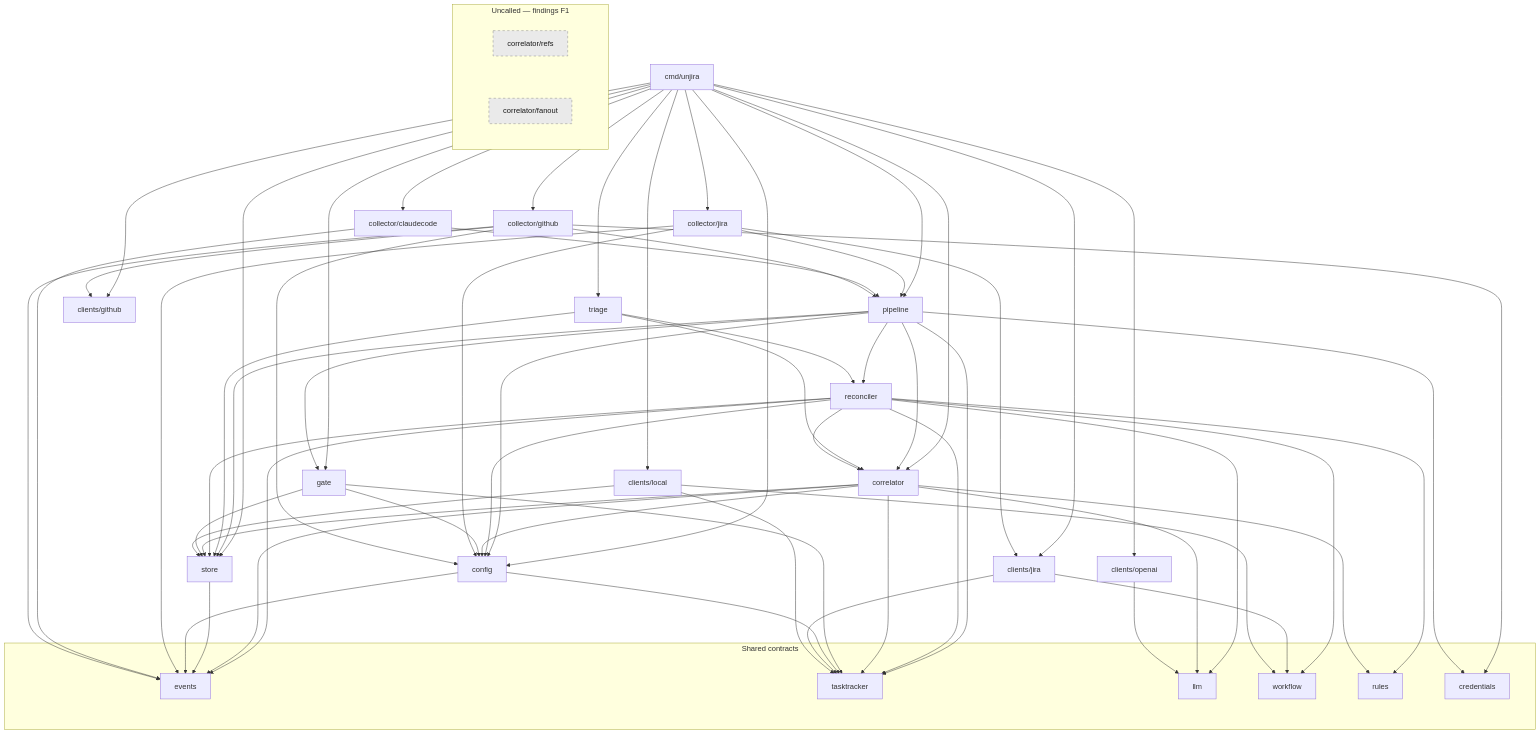
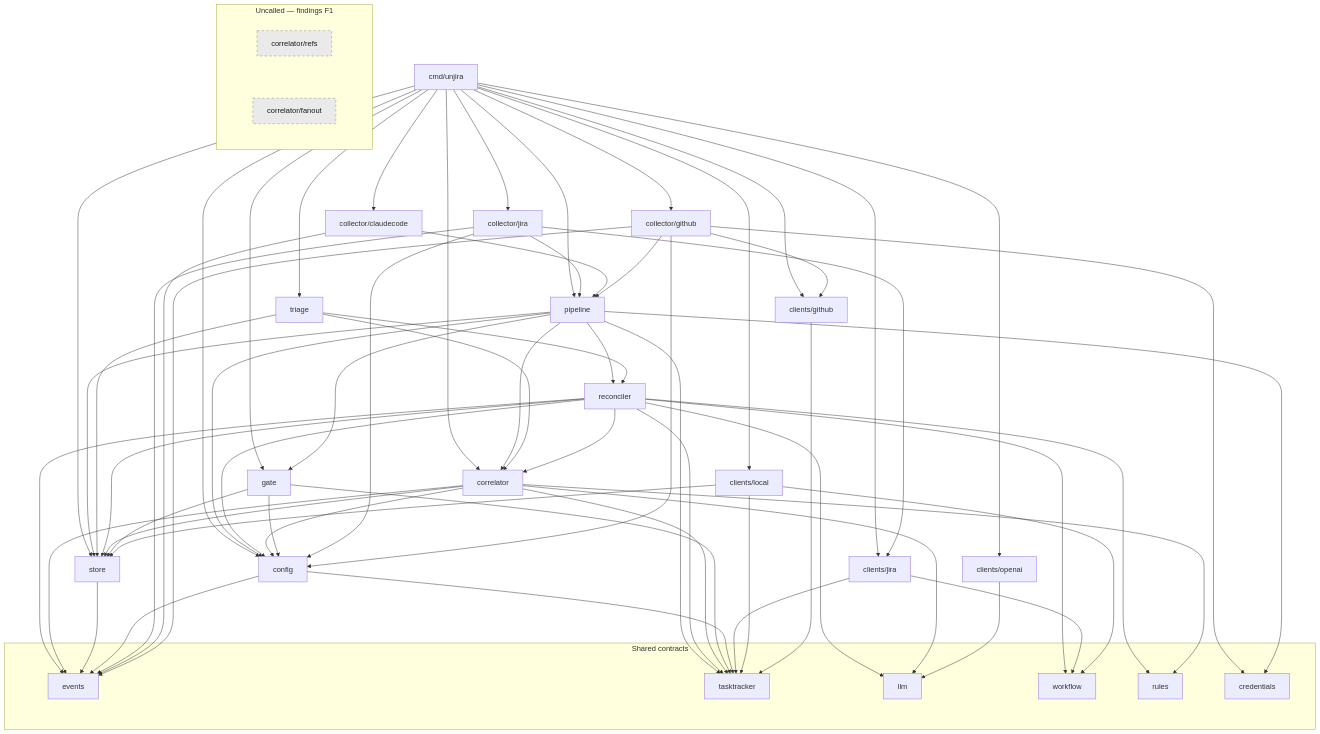
The fourth of 4 diagrams in docs/architecture.md (jcogilvie/unjira), drawn with Mermaid before and after one commit. The commit also changed other lines of this file and 20 other files, not shown here.

````diff
--- a/docs/architecture.md
+++ b/docs/architecture.md
@@ -345,57 +349,58 @@
 ```mermaid
 ---
 config:
   nodeSpacing: 90
   rankSpacing: 130
 ---
 flowchart TB
     CMD["cmd/unjira"]
     PIPE["pipeline"]
     TRIAGE["triage"]
     RECON["reconciler"]
     CORR["correlator"]
     GATE["gate"]
     STORE["store"]
     CONFIG["config"]
     CJIRA["clients/jira"]
     CGH["clients/github"]
     CLOCAL["clients/local"]
     COAI["clients/openai"]
     COLLJ["collector/jira"]
     COLLC["collector/claudecode"]
     COLLGH["collector/github"]
 
     subgraph contracts["Shared contracts"]
         EVENTS["events"]
         TT["tasktracker"]
         LLM["llm"]
         WF["workflow"]
         RULES["rules"]
         CRED["credentials"]
     end
 
     subgraph orphans["Uncalled — findings F1"]
         REFS["correlator/refs"]
         FANOUT["correlator/fanout"]
     end
 
     CMD --> PIPE & TRIAGE & GATE & CORR & STORE & CONFIG
     CMD --> CJIRA & CGH & CLOCAL & COAI & COLLJ & COLLC & COLLGH
     PIPE --> RECON & CORR & GATE & STORE & CONFIG & TT
     TRIAGE --> RECON & CORR & STORE
     RECON --> CORR & STORE & CONFIG & WF & LLM & RULES & EVENTS & TT
     CORR --> STORE & CONFIG & LLM & RULES & EVENTS & TT
     GATE --> STORE & CONFIG & TT
     STORE --> EVENTS
     CONFIG --> EVENTS & TT
     CJIRA --> TT & WF
     CLOCAL --> STORE & TT & WF
     COAI --> LLM
     COLLJ --> CJIRA & CONFIG & EVENTS & PIPE
     COLLC --> EVENTS & PIPE
     COLLGH --> CGH & CONFIG & EVENTS & PIPE & CRED
+    CGH --> TT
     PIPE --> CRED
 
     classDef orphan fill:#eaeaea,stroke:#888,stroke-dasharray: 5 5,color:#1a1a1a
     class REFS,FANOUT orphan
 ```
````
